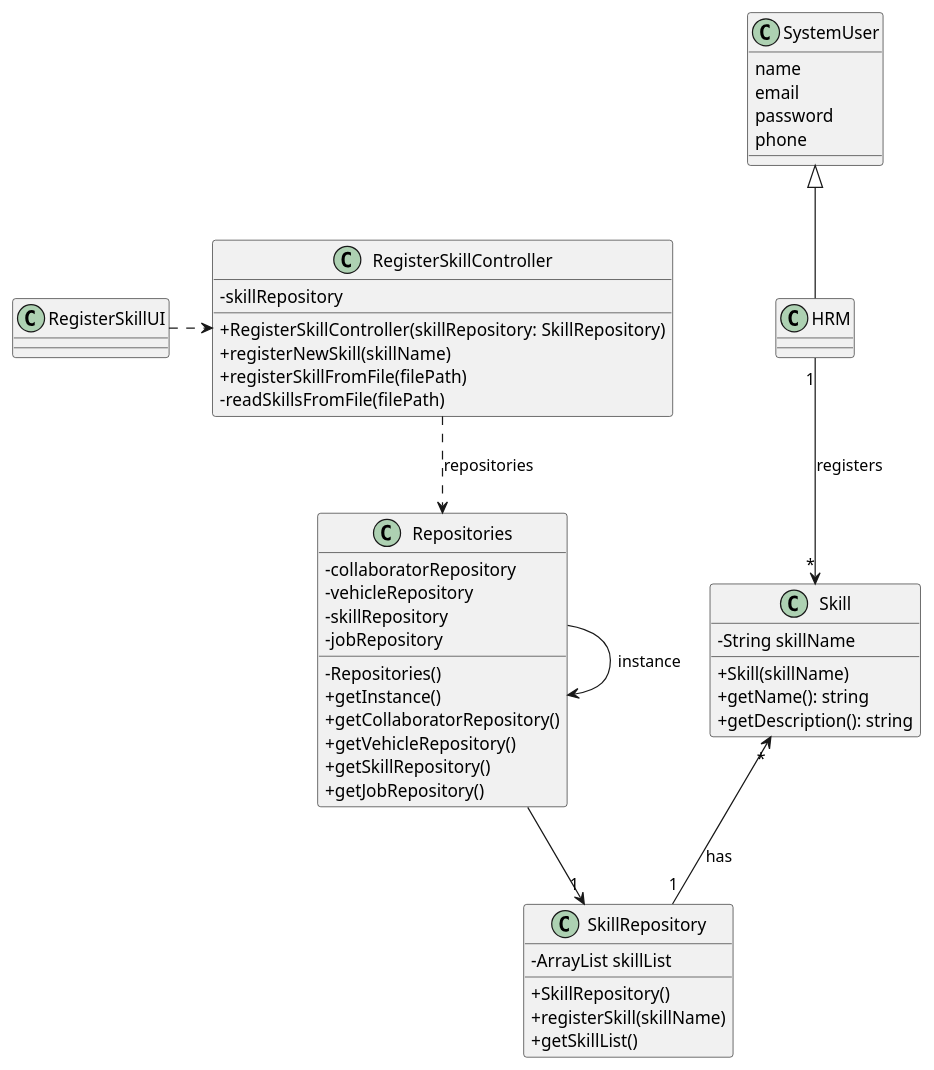
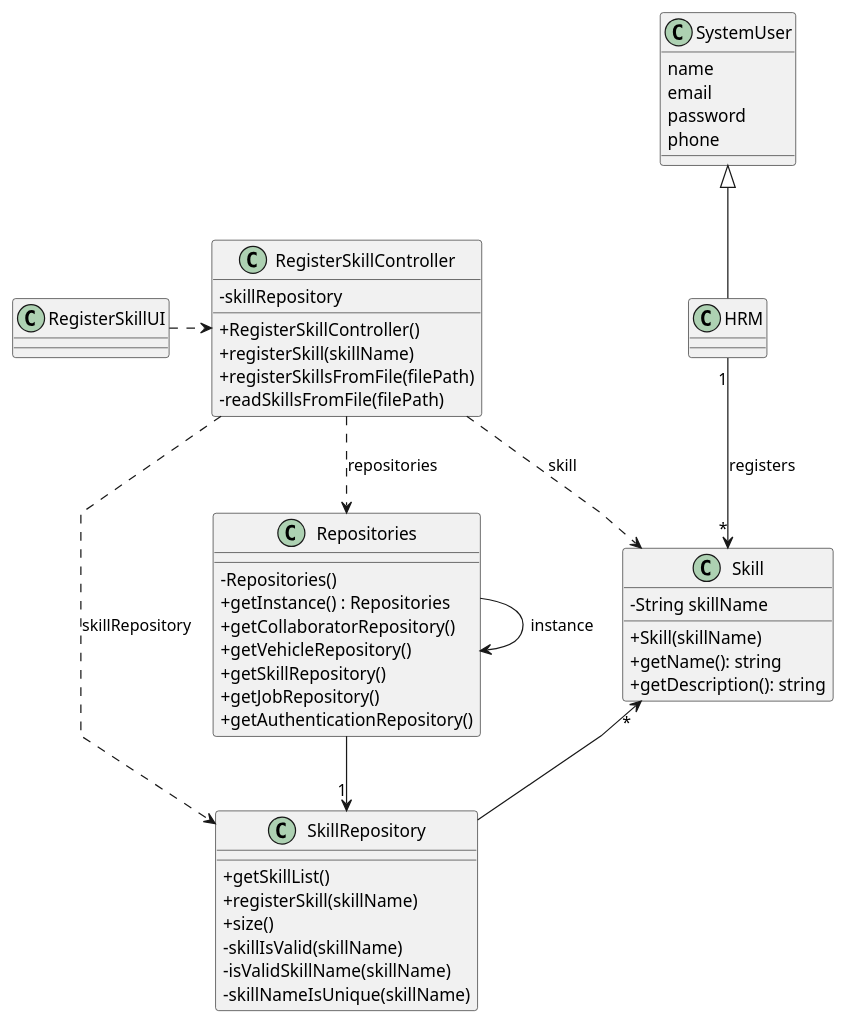
The diagram in docs/sprintB/us001/03.design/puml/us001-class-diagram.puml (Departamento-de-Engenharia-Informatica/lei-24-s2-1do-g164), drawn with PlantUML before and after one commit. The commit also changed 1 other file, not shown here.

Commit message:
US01(docs): class diagram changes and sequence diagram changes for validation of the skill

```diff
--- a/docs/sprintB/us001/03.design/puml/us001-class-diagram.puml
+++ b/docs/sprintB/us001/03.design/puml/us001-class-diagram.puml
@@ -1,69 +1,72 @@
 @startuml
 'skinparam monochrome true
 skinparam packageStyle rectangle
 skinparam shadowing false
 skinparam linetype polyline
 'skinparam linetype orto
 
 skinparam classAttributeIconSize 0
 
 'left to right direction
 
 class Skill {
     - String skillName
     + Skill(skillName)
     + getName(): string
     + getDescription(): string
 }
 
 class Repositories {
-    - collaboratorRepository
-    - vehicleRepository
-    - skillRepository
-    - jobRepository
+
 
     - Repositories()
-    + getInstance()
+    + getInstance() : Repositories
     + getCollaboratorRepository()
     + getVehicleRepository()
     + getSkillRepository()
     + getJobRepository()
+    + getAuthenticationRepository()
 }
 
 class SkillRepository {
-    - ArrayList skillList
-    + SkillRepository()
+
+    + getSkillList()
     + registerSkill(skillName)
-    + getSkillList()
+    + size()
+    - skillIsValid(skillName)
+    - isValidSkillName(skillName)
+    - skillNameIsUnique(skillName)
 }
 
 class RegisterSkillController {
     - skillRepository
 
-    + RegisterSkillController(skillRepository: SkillRepository)
-    + registerNewSkill(skillName)
-    + registerSkillFromFile(filePath)
+    + RegisterSkillController()
+    + registerSkill(skillName)
+    + registerSkillsFromFile(filePath)
     - readSkillsFromFile(filePath)
 }
 
 class HRM {}
 
 class SystemUser {
     name
     email
     password
     phone
 }
 
 class RegisterSkillUI {}
 
 SystemUser <|-- HRM
 HRM "1" --> "*" Skill : registers
 RegisterSkillController ..> Repositories : repositories
+RegisterSkillController ..> SkillRepository : skillRepository
+RegisterSkillController ..> Skill : skill
 
 RegisterSkillUI .> RegisterSkillController
 Repositories -->"1" SkillRepository
 Repositories -> Repositories : instance
-Skill "*" <-- "1" SkillRepository : has
+Skill "*" <-- SkillRepository
 
 @enduml
```
